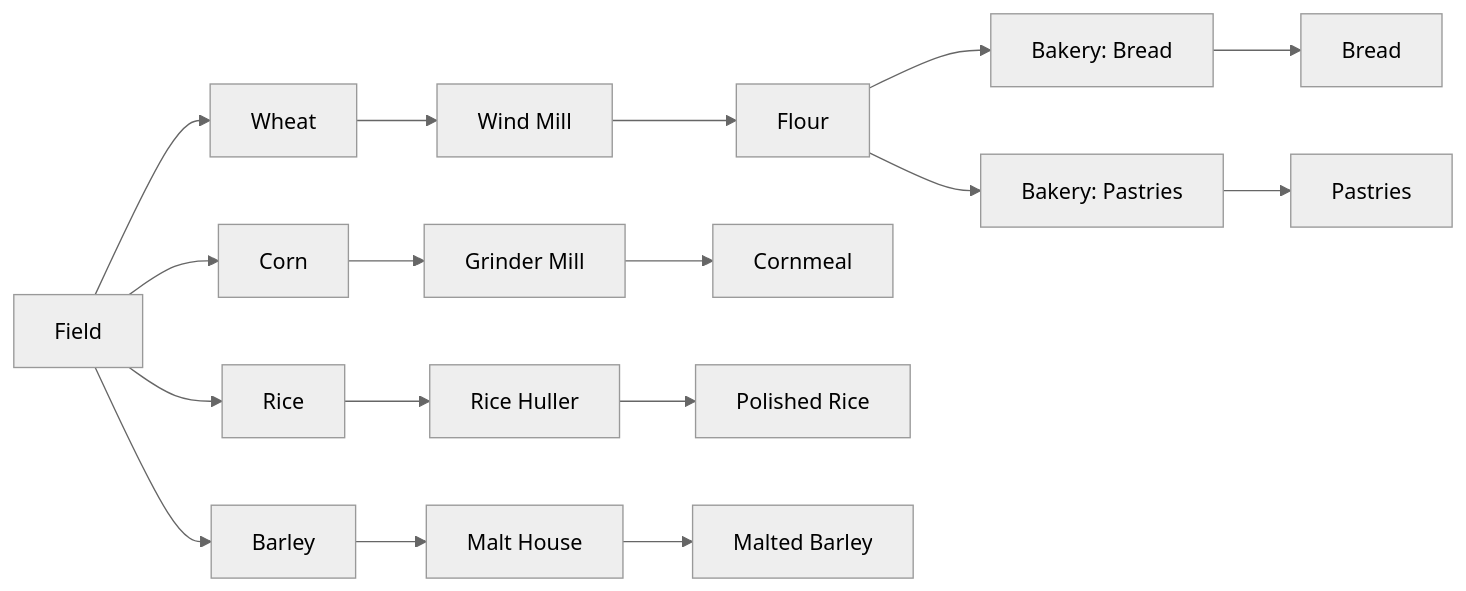
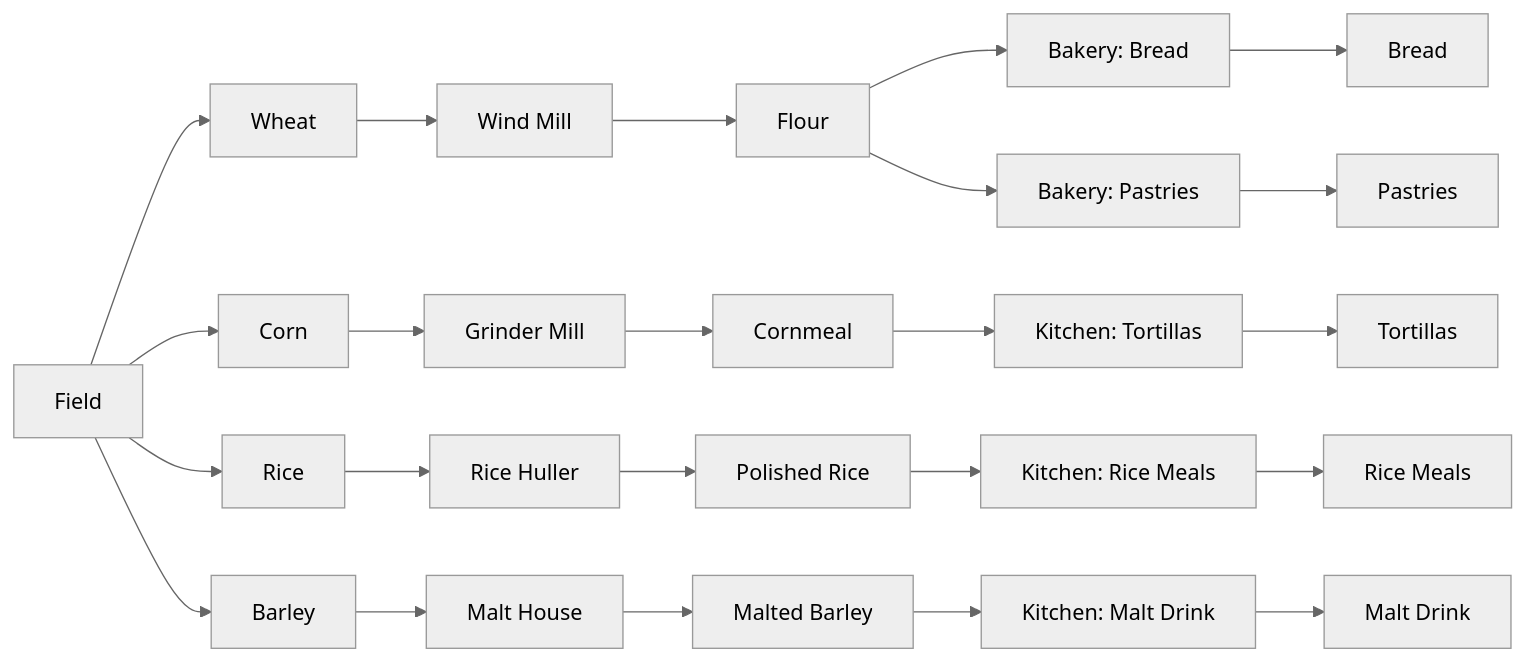
Before and after one commit to cwchanap/horologium: the fifth of 5 diagrams in docs/production_chains.md, drawn with Mermaid (neutral theme). The commit also changed other lines of this file and 5 other files, not shown here.

````diff
--- a/docs/production_chains.md
+++ b/docs/production_chains.md
@@ -144,23 +152,30 @@
 ```mermaid
 flowchart LR
   Field["Field"] --> Wheat["Wheat"]
   Field --> Corn["Corn"]
   Field --> Rice["Rice"]
   Field --> Barley["Barley"]
 
   Wheat --> WindMill["Wind Mill"]
   WindMill --> Flour["Flour"]
   Flour --> BakeryBread["Bakery: Bread"]
   Flour --> BakeryPastries["Bakery: Pastries"]
   BakeryBread --> Bread["Bread"]
   BakeryPastries --> Pastries["Pastries"]
 
   Corn --> GrinderMill["Grinder Mill"]
   GrinderMill --> Cornmeal["Cornmeal"]
 
   Rice --> RiceHuller["Rice Huller"]
   RiceHuller --> PolishedRice["Polished Rice"]
 
   Barley --> MaltHouse["Malt House"]
   MaltHouse --> MaltedBarley["Malted Barley"]
+
+  Cornmeal --> KitchenTortillas["Kitchen: Tortillas"]
+  PolishedRice --> KitchenRiceMeals["Kitchen: Rice Meals"]
+  MaltedBarley --> KitchenMaltDrink["Kitchen: Malt Drink"]
+  KitchenTortillas --> Tortillas["Tortillas"]
+  KitchenRiceMeals --> RiceMeals["Rice Meals"]
+  KitchenMaltDrink --> MaltDrink["Malt Drink"]
 ```
````
